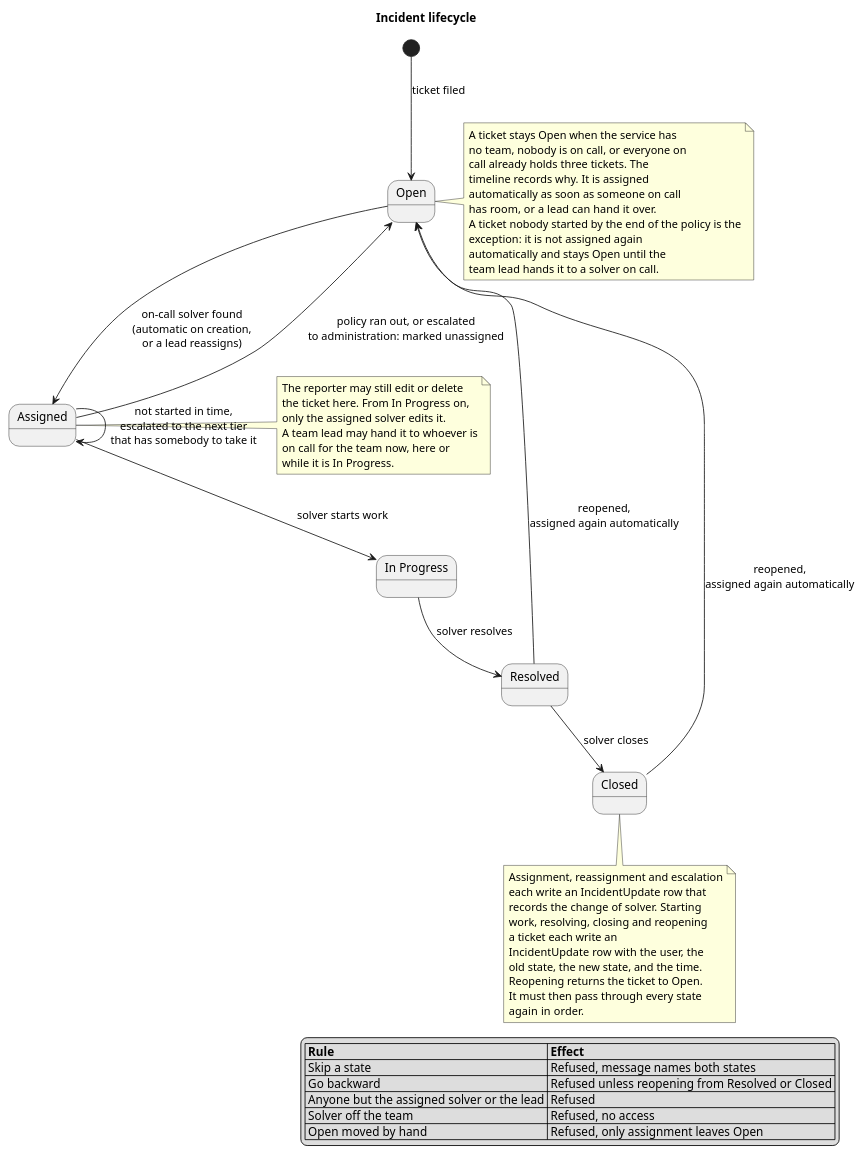
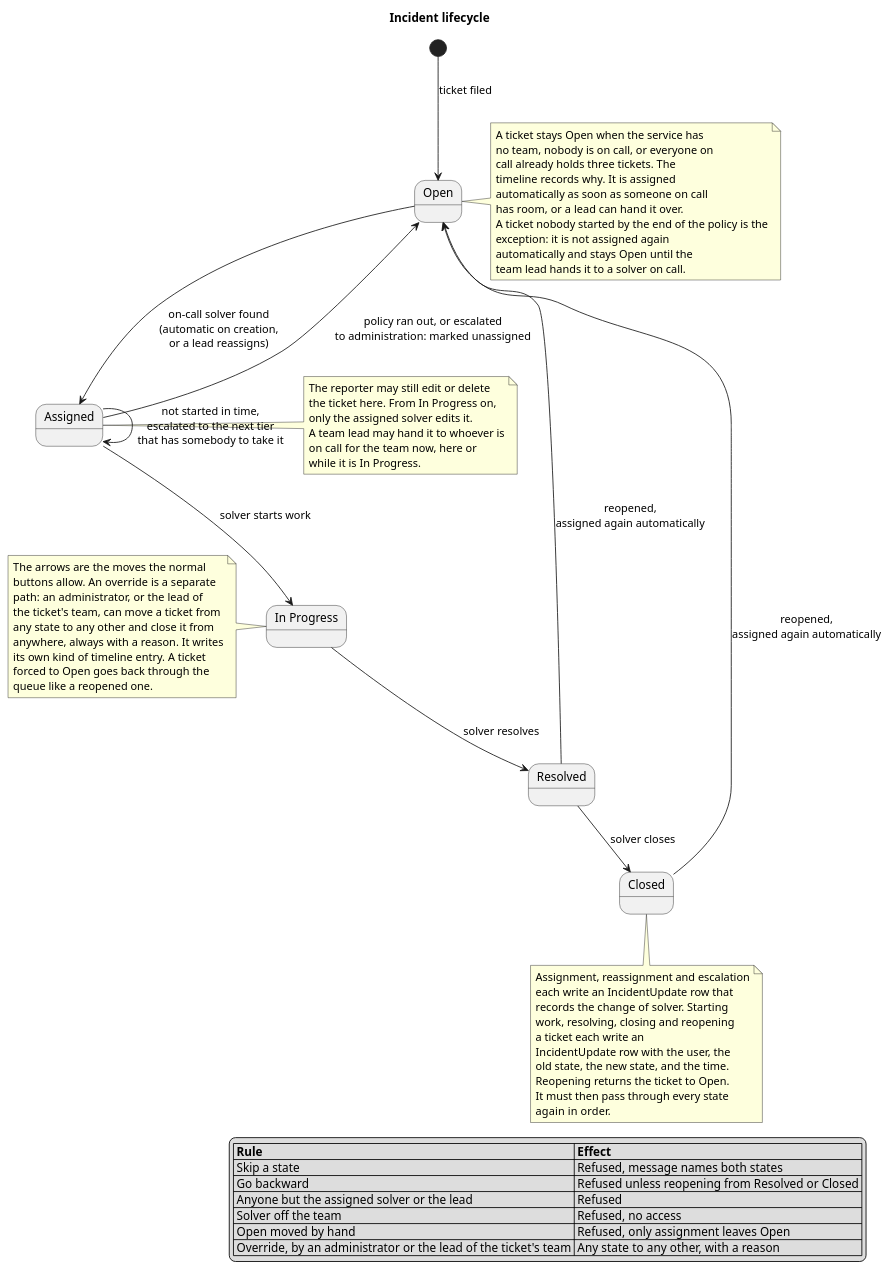
Before and after one commit to ZiedRbd/COSC-3339-Fall-2026-Term-Project: the diagram in docs/incident-state-machine.puml, drawn with PlantUML. The commit also changed 1 other file, not shown here.

Commit message:
The README and the lifecycle diagram describe the override rules and what changed in the removal rules

```diff
--- a/docs/incident-state-machine.puml
+++ b/docs/incident-state-machine.puml
@@ -1,60 +1,73 @@
 @startuml
 title Incident lifecycle
 
 [*] --> Open : ticket filed
 
 state "In Progress" as InProgress
 
 Open --> Assigned : on-call solver found\n(automatic on creation,\nor a lead reassigns)
 Assigned --> InProgress : solver starts work
 InProgress --> Resolved : solver resolves
 Resolved --> Closed : solver closes
 Resolved --> Open : reopened,\nassigned again automatically
 Closed --> Open : reopened,\nassigned again automatically
 Assigned --> Assigned : not started in time,\nescalated to the next tier\nthat has somebody to take it
 Assigned --> Open : policy ran out, or escalated\nto administration: marked unassigned
 
 note right of Open
   A ticket stays Open when the service has
   no team, nobody is on call, or everyone on
   call already holds three tickets. The
   timeline records why. It is assigned
   automatically as soon as someone on call
   has room, or a lead can hand it over.
   A ticket nobody started by the end of the policy is the
   exception: it is not assigned again
   automatically and stays Open until the
   team lead hands it to a solver on call.
 end note
 
 note right of Assigned
   The reporter may still edit or delete
   the ticket here. From In Progress on,
   only the assigned solver edits it.
   A team lead may hand it to whoever is
   on call for the team now, here or
   while it is In Progress.
 end note
 
+note left of InProgress
+  The arrows are the moves the normal
+  buttons allow. An override is a separate
+  path: an administrator, or the lead of
+  the ticket's team, can move a ticket from
+  any state to any other and close it from
+  anywhere, always with a reason. It writes
+  its own kind of timeline entry. A ticket
+  forced to Open goes back through the
+  queue like a reopened one.
+end note
+
 note bottom of Closed
   Assignment, reassignment and escalation
   each write an IncidentUpdate row that
   records the change of solver. Starting
   work, resolving, closing and reopening
   a ticket each write an
   IncidentUpdate row with the user, the
   old state, the new state, and the time.
   Reopening returns the ticket to Open.
   It must then pass through every state
   again in order.
 end note
 
 legend right
   |= Rule |= Effect |
   | Skip a state | Refused, message names both states |
   | Go backward | Refused unless reopening from Resolved or Closed |
   | Anyone but the assigned solver or the lead | Refused |
   | Solver off the team | Refused, no access |
   | Open moved by hand | Refused, only assignment leaves Open |
+  | Override, by an administrator or the lead of the ticket's team | Any state to any other, with a reason |
 endlegend
 @enduml
```
